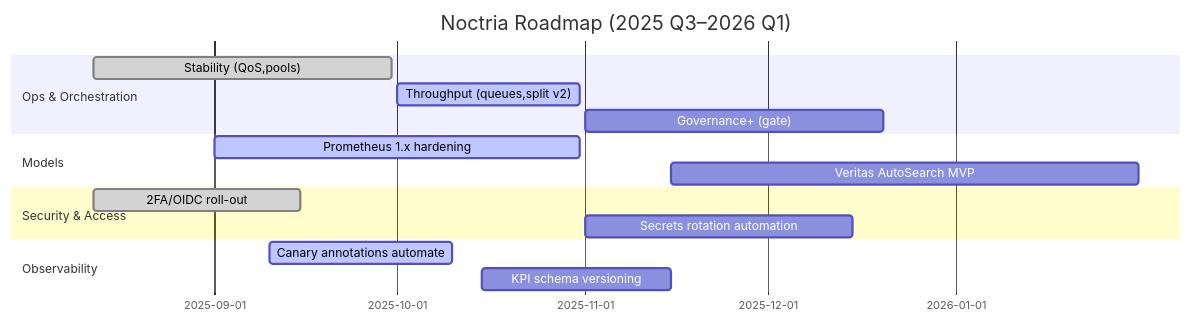
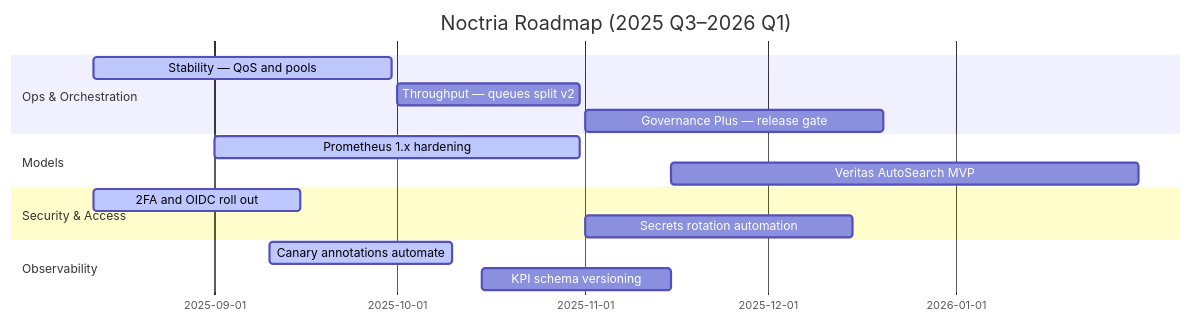
The diagram in docs/roadmap/Roadmap-OKRs.md (Noctria/noctria_kingdom), drawn with Mermaid before and after one commit. The commit also changed other lines of this file, not shown here.

````diff
--- a/docs/roadmap/Roadmap-OKRs.md
+++ b/docs/roadmap/Roadmap-OKRs.md
@@ -30,18 +31,22 @@
 ```mermaid
 gantt
     title Noctria Roadmap (2025 Q3–2026 Q1)
     dateFormat  YYYY-MM-DD
+
     section Ops & Orchestration
-    Stability (QoS,pools)        :done,   a1, 2025-08-12, 2025-09-30
-    Throughput (queues,split v2) :active, a2, 2025-10-01, 2025-10-31
-    Governance+ (gate)           :        a3, 2025-11-01, 2025-12-20
+    Stability — QoS and pools        :active, a1, 2025-08-12, 2025-09-30
+    Throughput — queues split v2      :        a2, 2025-10-01, 2025-10-31
+    Governance Plus — release gate    :        a3, 2025-11-01, 2025-12-20
+
     section Models
-    Prometheus 1.x hardening     :active, m1, 2025-09-01, 2025-10-31
-    Veritas AutoSearch MVP       :        m2, 2025-11-15, 2026-01-31
+    Prometheus 1.x hardening          :active, m1, 2025-09-01, 2025-10-31
+    Veritas AutoSearch MVP            :        m2, 2025-11-15, 2026-01-31
+
     section Security & Access
-    2FA/OIDC roll-out            :done,   s1, 2025-08-12, 2025-09-15
-    Secrets rotation automation  :        s2, 2025-11-01, 2025-12-15
+    2FA and OIDC roll out             :active, s1, 2025-08-12, 2025-09-15
+    Secrets rotation automation       :        s2, 2025-11-01, 2025-12-15
+
     section Observability
-    Canary annotations automate  :active, o1, 2025-09-10, 2025-10-10
-    KPI schema versioning        :        o2, 2025-10-15, 2025-11-15
+    Canary annotations automate       :active, o1, 2025-09-10, 2025-10-10
+    KPI schema versioning             :        o2, 2025-10-15, 2025-11-15
 ```
````
